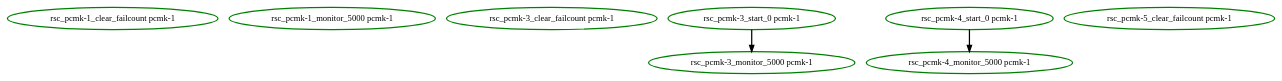
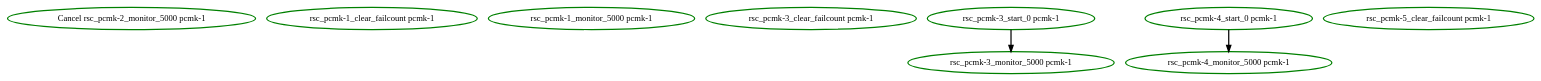
Before and after one commit to ClusterLabs/pacemaker: the diagram in pengine/test10/failcount-block.dot, drawn with Graphviz. The commit also changed 73 other files, not shown here.

Commit message:
Test: pengine: Cancel monitor operations for unmanaged resources

```diff
--- a/pengine/test10/failcount-block.dot
+++ b/pengine/test10/failcount-block.dot
@@ -1,12 +1,13 @@
 digraph "g" {
+"Cancel rsc_pcmk-2_monitor_5000 pcmk-1" [ style=bold color="green" fontcolor="black"]
 "rsc_pcmk-1_clear_failcount pcmk-1" [ style=bold color="green" fontcolor="black"]
 "rsc_pcmk-1_monitor_5000 pcmk-1" [ style=bold color="green" fontcolor="black"]
 "rsc_pcmk-3_clear_failcount pcmk-1" [ style=bold color="green" fontcolor="black"]
 "rsc_pcmk-3_monitor_5000 pcmk-1" [ style=bold color="green" fontcolor="black"]
 "rsc_pcmk-3_start_0 pcmk-1" -> "rsc_pcmk-3_monitor_5000 pcmk-1" [ style = bold]
 "rsc_pcmk-3_start_0 pcmk-1" [ style=bold color="green" fontcolor="black"]
 "rsc_pcmk-4_monitor_5000 pcmk-1" [ style=bold color="green" fontcolor="black"]
 "rsc_pcmk-4_start_0 pcmk-1" -> "rsc_pcmk-4_monitor_5000 pcmk-1" [ style = bold]
 "rsc_pcmk-4_start_0 pcmk-1" [ style=bold color="green" fontcolor="black"]
 "rsc_pcmk-5_clear_failcount pcmk-1" [ style=bold color="green" fontcolor="black"]
 }
```
